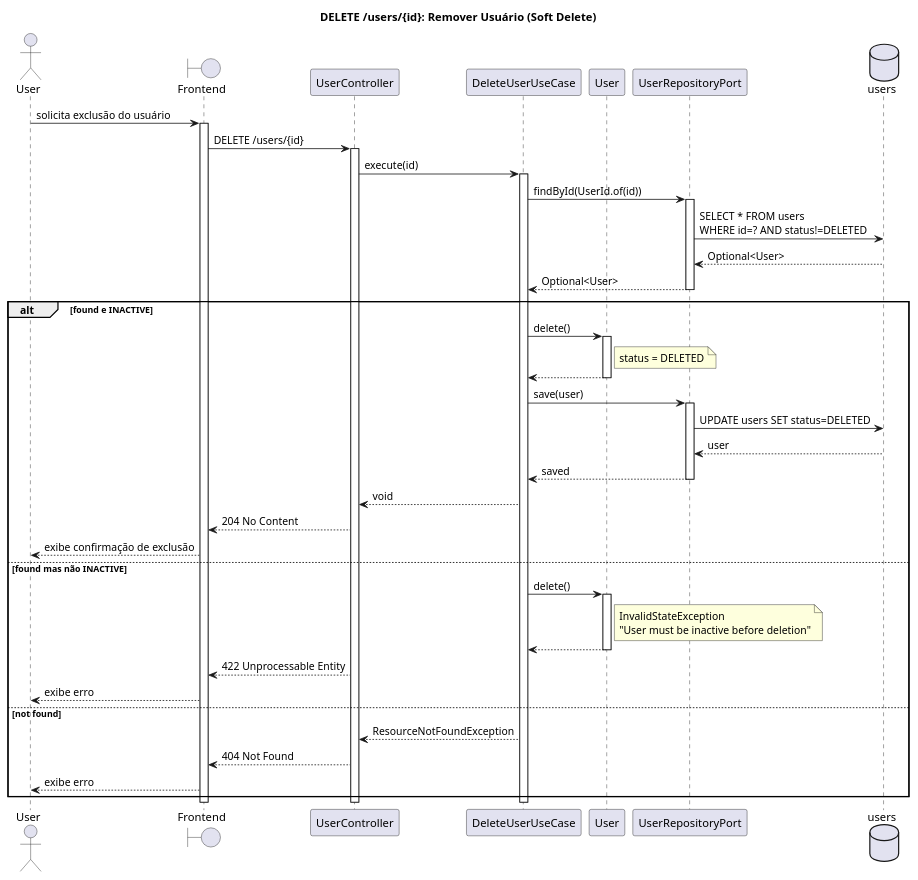
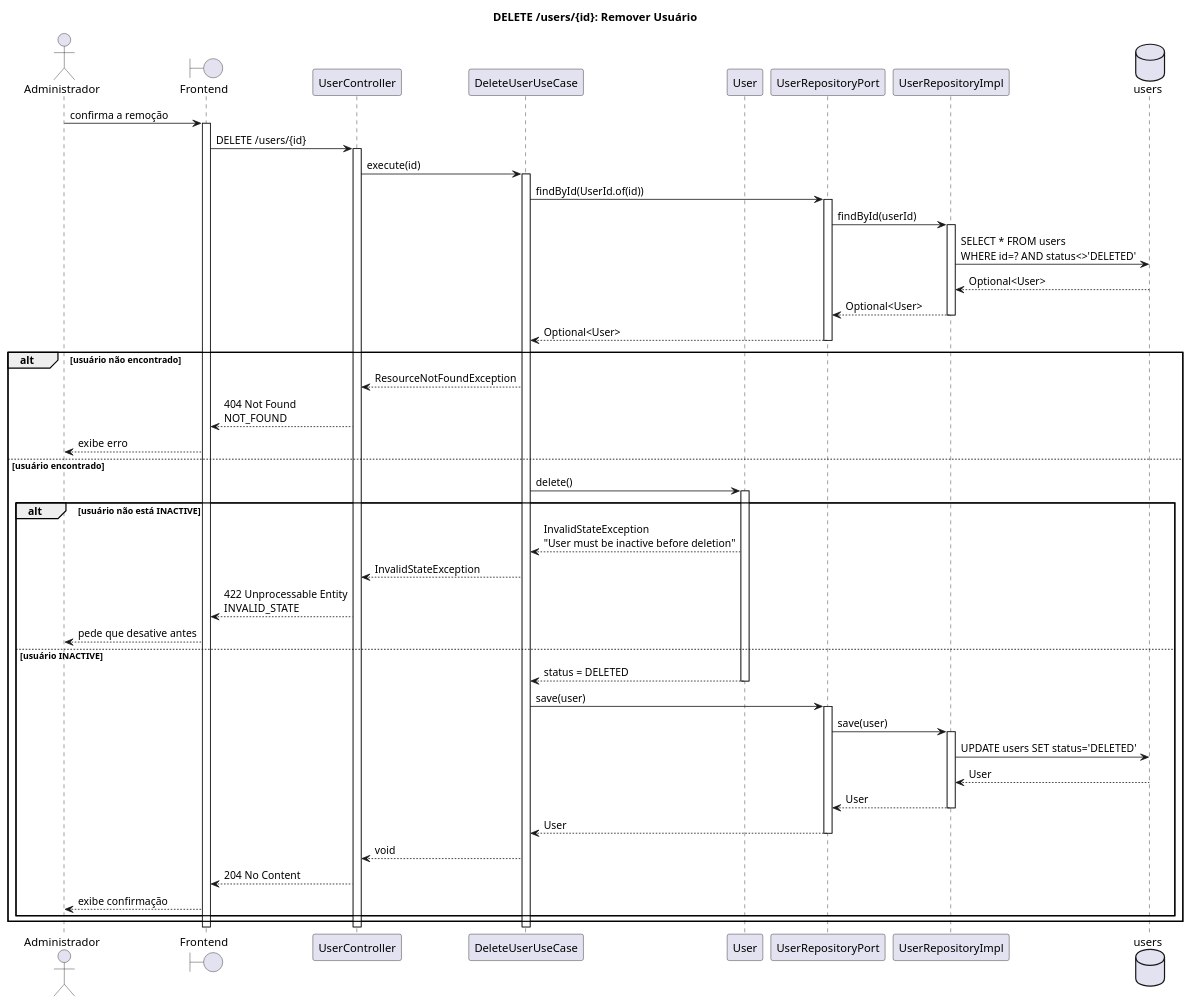
The diagram in src/plantuml/sequencia/user/delete_user.puml (Neoguara/rooms-diagrams), drawn with PlantUML before and after one commit. The commit also changed 24 other files, not shown here.

```diff
--- a/src/plantuml/sequencia/user/delete_user.puml
+++ b/src/plantuml/sequencia/user/delete_user.puml
@@ -1,63 +1,76 @@
 @startuml delete_user
 
-title DELETE /users/{id}: Remover Usuário (Soft Delete)
+' Participantes conforme classe/simples/user.puml: sem mapper e sem a interface JPA.
+' A remoção é lógica: o registro continua na tabela com status DELETED, e é isso que faz
+' o email dele deixar de bloquear um cadastro novo, já que o existsByEmail filtra DELETED.
 
-actor User
+title DELETE /users/{id}: Remover Usuário
+
+actor "Administrador" as Ator
 boundary "Frontend" as FE
 participant "UserController" as Ctrl
 participant "DeleteUserUseCase" as UC
 participant "User" as Entity
-participant "UserRepositoryPort" as Repo
+participant "UserRepositoryPort" as Port
+participant "UserRepositoryImpl" as Impl
 database "users" as DB
 
-User -> FE: solicita exclusão do usuário
+Ator -> FE: confirma a remoção
 activate FE
 FE -> Ctrl: DELETE /users/{id}
 activate Ctrl
 
 Ctrl -> UC: execute(id)
 activate UC
 
-UC -> Repo: findById(UserId.of(id))
-activate Repo
-Repo -> DB: SELECT * FROM users\nWHERE id=? AND status!=DELETED
-DB --> Repo: Optional<User>
-Repo --> UC: Optional<User>
-deactivate Repo
+UC -> Port: findById(UserId.of(id))
+activate Port
+Port -> Impl: findById(userId)
+activate Impl
+Impl -> DB: SELECT * FROM users\nWHERE id=? AND status<>'DELETED'
+DB --> Impl: Optional<User>
+Impl --> Port: Optional<User>
+deactivate Impl
+Port --> UC: Optional<User>
+deactivate Port
 
-alt found e INACTIVE
+alt usuário não encontrado
+  UC --> Ctrl: ResourceNotFoundException
+  Ctrl --> FE: 404 Not Found\nNOT_FOUND
+  FE --> Ator: exibe erro
+else usuário encontrado
+
   UC -> Entity: delete()
   activate Entity
-  note right of Entity: status = DELETED
-  Entity --> UC:
-  deactivate Entity
 
-  UC -> Repo: save(user)
-  activate Repo
-  Repo -> DB: UPDATE users SET status=DELETED
-  DB --> Repo: user
-  Repo --> UC: saved
-  deactivate Repo
+  alt usuário não está INACTIVE
+    Entity --> UC: InvalidStateException\n"User must be inactive before deletion"
+    UC --> Ctrl: InvalidStateException
+    Ctrl --> FE: 422 Unprocessable Entity\nINVALID_STATE
+    FE --> Ator: pede que desative antes
+  else usuário INACTIVE
+    Entity --> UC: status = DELETED
+    deactivate Entity
 
-  UC --> Ctrl: void
-  Ctrl --> FE: 204 No Content
-  FE --> User: exibe confirmação de exclusão
-else found mas não INACTIVE
-  UC -> Entity: delete()
-  activate Entity
-  note right of Entity: InvalidStateException\n"User must be inactive before deletion"
-  Entity --> UC:
-  deactivate Entity
-  Ctrl --> FE: 422 Unprocessable Entity
-  FE --> User: exibe erro
-else not found
-  UC --> Ctrl: ResourceNotFoundException
-  Ctrl --> FE: 404 Not Found
-  FE --> User: exibe erro
+    UC -> Port: save(user)
+    activate Port
+    Port -> Impl: save(user)
+    activate Impl
+    Impl -> DB: UPDATE users SET status='DELETED'
+    DB --> Impl: User
+    Impl --> Port: User
+    deactivate Impl
+    Port --> UC: User
+    deactivate Port
+
+    UC --> Ctrl: void
+    Ctrl --> FE: 204 No Content
+    FE --> Ator: exibe confirmação
+  end
 end
 
 deactivate UC
 deactivate Ctrl
 deactivate FE
 
 @enduml
```
